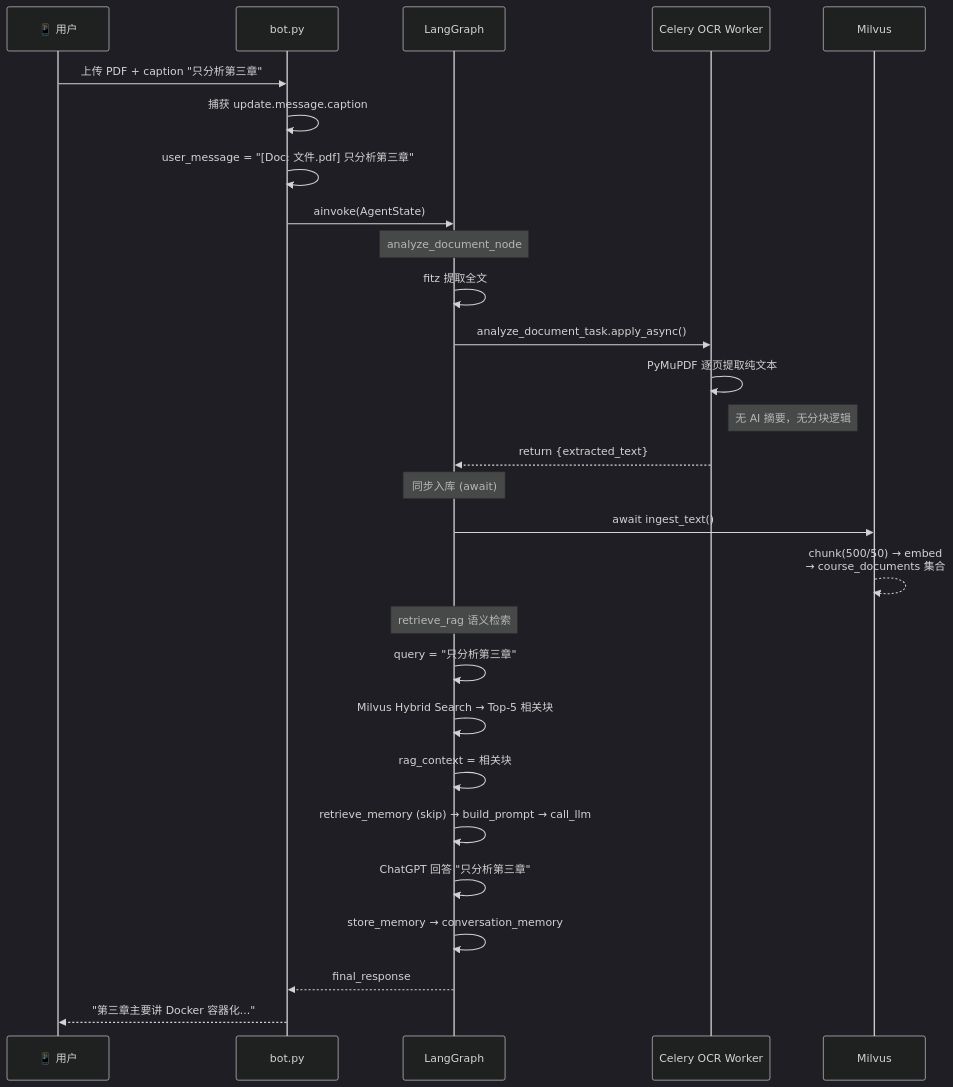
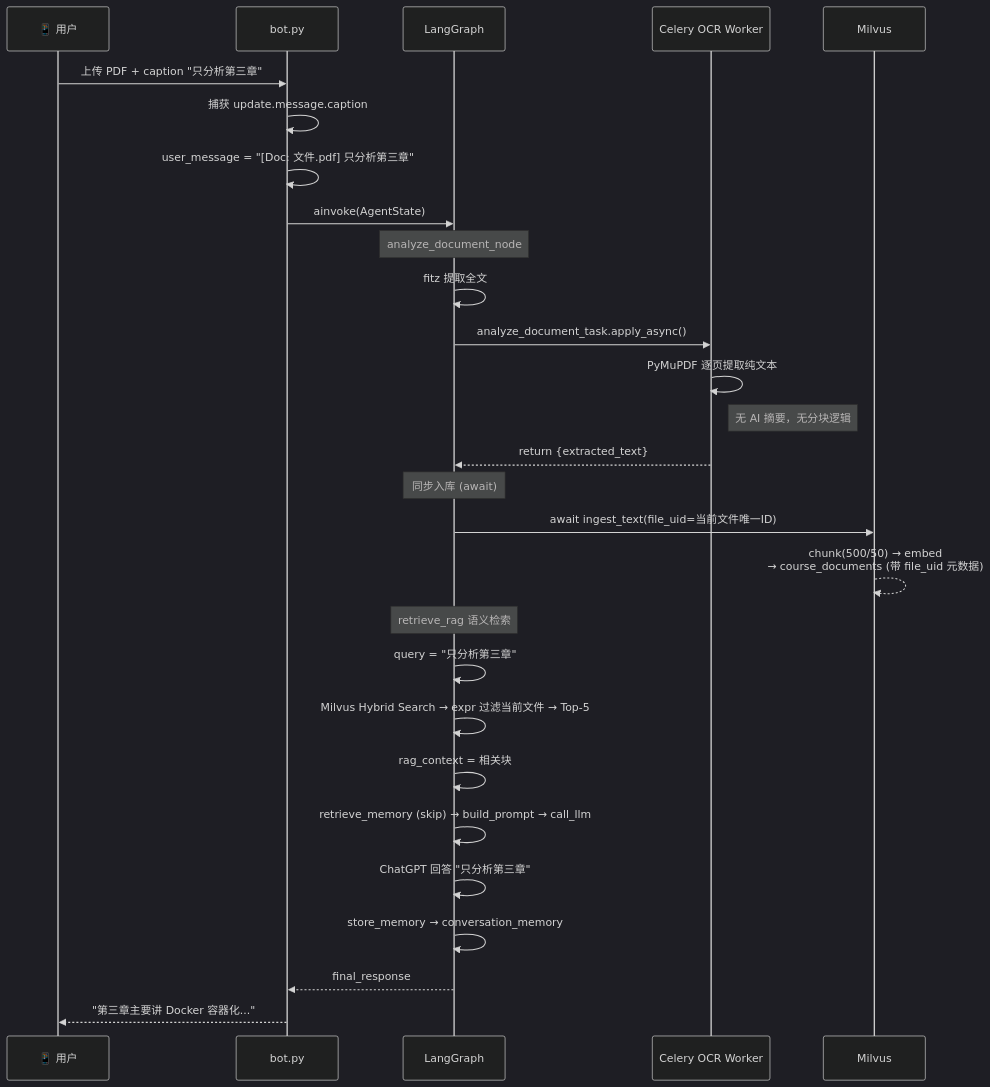
One commit to ravemelodic/Multi-functional_AI_Assistant changed the fifth of 9 diagrams in 流程图.md. Above: the diagram before and after it, drawn with Mermaid (dark theme). The commit also changed 4 other files, not shown here.

First line of the commit message:
v2.1 patch: PDF 上传检索隔离（expr + file_uid 过滤）

````diff
--- a/流程图.md
+++ b/流程图.md
@@ -133,36 +133,36 @@
 ```mermaid
 sequenceDiagram
     participant User as 📱 用户
     participant Bot as bot.py
     participant Graph as LangGraph
     participant Celery as Celery OCR Worker
     participant Milvus as Milvus
 
     User->>Bot: 上传 PDF + caption "只分析第三章"
     Bot->>Bot: 捕获 update.message.caption
     Bot->>Bot: user_message = "[Doc: 文件.pdf] 只分析第三章"
     Bot->>Graph: ainvoke(AgentState)
 
     Note over Graph: analyze_document_node
     Graph->>Graph: fitz 提取全文
     Graph->>Celery: analyze_document_task.apply_async()
     Celery->>Celery: PyMuPDF 逐页提取纯文本
     Note right of Celery: 无 AI 摘要，无分块逻辑
     
     Celery-->>Graph: return {extracted_text}
 
     Note over Graph: 同步入库 (await)
-    Graph->>Milvus: await ingest_text()
-    Milvus-->>Milvus: chunk(500/50) → embed<br/>→ course_documents 集合
+    Graph->>Milvus: await ingest_text(file_uid=当前文件唯一ID)
+    Milvus-->>Milvus: chunk(500/50) → embed<br/>→ course_documents (带 file_uid 元数据)
 
     Note over Graph: retrieve_rag 语义检索
     Graph->>Graph: query = "只分析第三章"
-    Graph->>Graph: Milvus Hybrid Search → Top-5 相关块
+    Graph->>Graph: Milvus Hybrid Search → expr 过滤当前文件 → Top-5
     Graph->>Graph: rag_context = 相关块
     Graph->>Graph: retrieve_memory (skip) → build_prompt → call_llm
     Graph->>Graph: ChatGPT 回答 "只分析第三章"
     Graph->>Graph: store_memory → conversation_memory
     
     Graph-->>Bot: final_response
     Bot-->>User: "第三章主要讲 Docker 容器化..."
 ```
````
